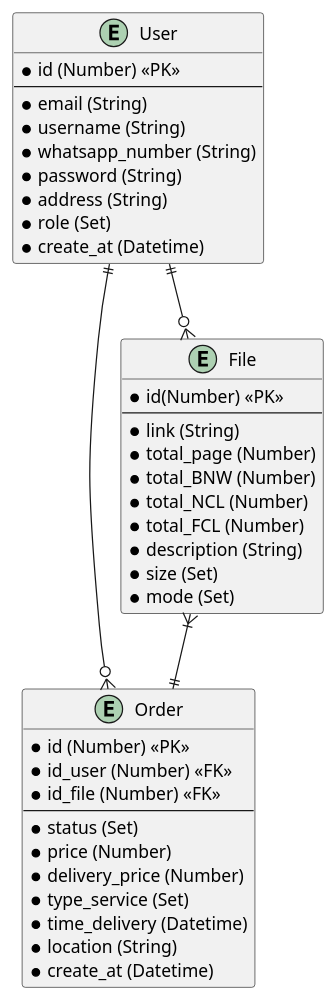
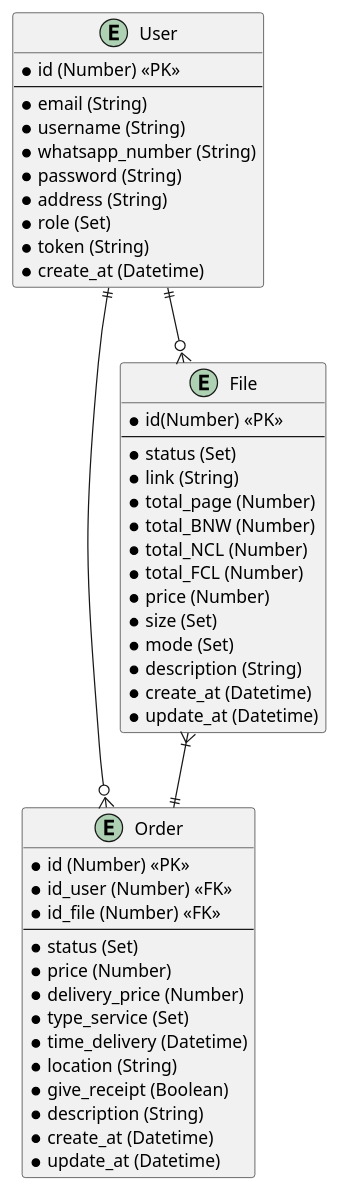
The diagram in documents/diagram_V1.puml (Greatreyhan/hiprinting_backend), drawn with PlantUML before and after one commit. The commit also changed 3 other files, not shown here.

```diff
--- a/documents/diagram_V1.puml
+++ b/documents/diagram_V1.puml
@@ -1,46 +1,54 @@
 @startuml title Hiprint
 
 entity User{
     * id (Number) <<PK>>
     --
     * email (String)
     * username (String)
     * whatsapp_number (String)
     * password (String)
     * address (String)
     * role (Set)
+    * token (String)
     * create_at (Datetime)
 }
 
 entity Order{
     * id (Number) <<PK>>
     * id_user (Number) <<FK>>
     * id_file (Number) <<FK>>
     --
     * status (Set)
     * price (Number)
     * delivery_price (Number)
     * type_service (Set)
     * time_delivery (Datetime)
     * location (String)
+    * give_receipt (Boolean)
+    * description (String)
     * create_at (Datetime)
+    * update_at (Datetime)
 }
 
 entity File{
     * id(Number) <<PK>>
     --
+    * status (Set)
     * link (String)
     * total_page (Number)
     * total_BNW (Number)
     * total_NCL (Number)
     * total_FCL (Number)
-    * description (String)
+    * price (Number)
     * size (Set)
     * mode (Set)
+    * description (String)
+    * create_at (Datetime)
+    * update_at (Datetime)
 }
 
 User ||--o{ Order
 User ||--o{ File
 File }|--|| Order
 
 @enduml
```
